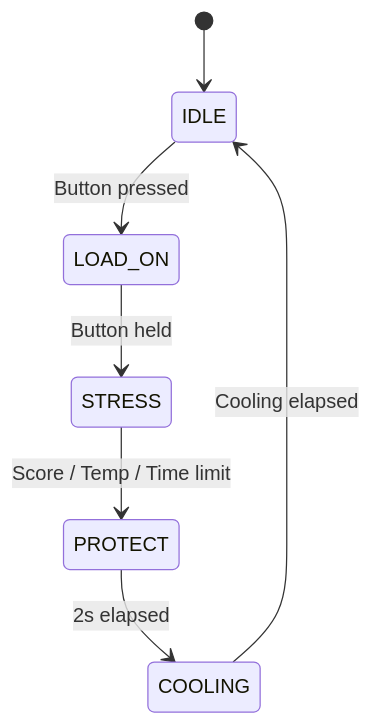
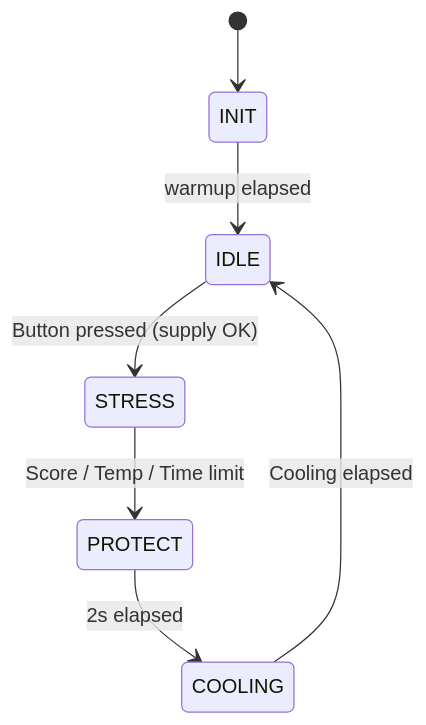
The diagram in README.md (rjsdl5389/BSAPS), drawn with Mermaid before and after one commit. The commit also changed other lines of this file and 1 other file, not shown here.

Commit message:
Align README with firmware: fix state machine, remove LOAD_ON, finalize v1 baseline

````diff
--- a/README.md
+++ b/README.md
@@ -76,10 +76,11 @@
 ```mermaid
 stateDiagram-v2
-    [*] --> IDLE
-    IDLE --> LOAD_ON : Button pressed
-    LOAD_ON --> STRESS : Button held
+    [*] --> INIT
+    INIT --> IDLE : warmup elapsed
+
+    IDLE --> STRESS : Button pressed (supply OK)
 
     STRESS --> PROTECT : Score / Temp / Time limit
     PROTECT --> COOLING : 2s elapsed
     COOLING --> IDLE : Cooling elapsed
 ```
````
